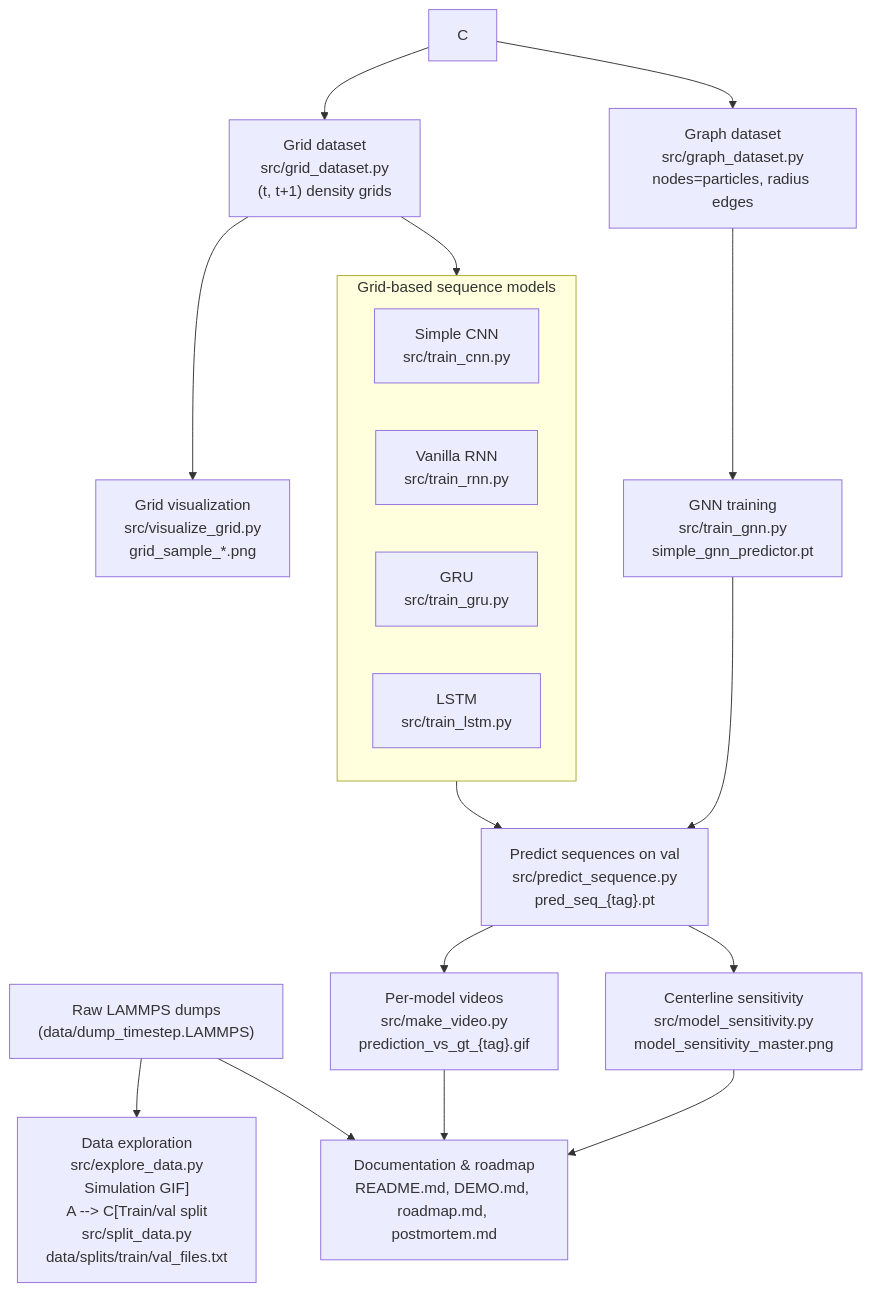
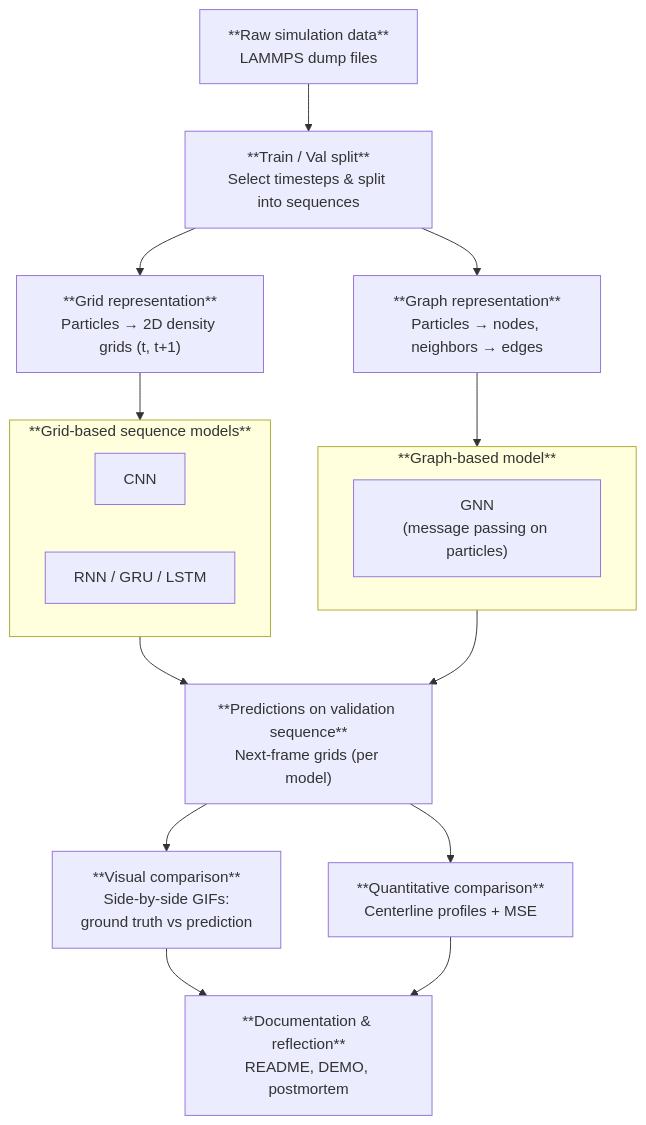
Before and after one commit to wjenkinson/ML_project1: the diagram in highlevel_flow.md, drawn with Mermaid.

Commit message:
Add flowchart

````diff
--- a/highlevel_flow.md
+++ b/highlevel_flow.md
@@ -2,38 +2,38 @@
 ```mermaid
 flowchart TD
 
     %% Data source
-    A["Raw LAMMPS dumps<br/>(data/dump_timestep.LAMMPS)"] --> B["Data exploration<br/>src/explore_data.py<br/>Simulation GIF]
+    A["**Raw simulation data**<br/>LAMMPS dump files"] 
 
-    %% Splits
-    A --> C["Train/val split<br/>src/split_data.py<br/>data/splits/train/val_files.txt]
+    %% Split
+    A --> B["**Train / Val split**<br/>Select timesteps & split into sequences"]
 
-    %% Grid path
-    C --> D["Grid dataset<br/>src/grid_dataset.py<br/>(t, t+1) density grids"]
-    D --> E["Grid visualization<br/>src/visualize_grid.py<br/>grid_sample_*.png"]
+    %% Two parallel representations
+    B --> C["**Grid representation**<br/>Particles → 2D density grids (t, t+1)"]
+    B --> D["**Graph representation**<br/>Particles → nodes, neighbors → edges"]
 
-    subgraph F[Grid-based sequence models]
-        F1["Simple CNN<br/>src/train_cnn.py"]
-        F2["Vanilla RNN<br/>src/train_rnn.py"]
-        F3["GRU<br/>src/train_gru.py"]
-        F4["LSTM<br/>src/train_lstm.py"]
+    %% Models
+    subgraph E[**Grid-based sequence models**]
+        E1["CNN"]
+        E2["RNN / GRU / LSTM"]
+    end
+
+    C --> E
+
+    subgraph F[**Graph-based model**]
+        F1["GNN<br/>(message passing on particles)"]
     end
 
     D --> F
 
-    %% Graph / GNN path
-    C --> J["Graph dataset<br/>src/graph_dataset.py<br/>nodes=particles, radius edges"]
-    J --> K["GNN training<br/>src/train_gnn.py<br/>simple_gnn_predictor.pt"]
+    %% Unified prediction & evaluation
+    E --> G["**Predictions on validation sequence**<br/>Next-frame grids (per model)"]
+    F --> G
 
-    %% Unified prediction & evaluation
-    F --> G["Predict sequences on val<br/>src/predict_sequence.py<br/>pred_seq_{tag}.pt"]
-    K --> G
+    G --> H["**Visual comparison**<br/>Side-by-side GIFs:<br/>ground truth vs prediction"]
+    G --> I["**Quantitative comparison**<br/>Centerline profiles + MSE"]
 
-    G --> H["Per-model videos<br/>src/make_video.py<br/>prediction_vs_gt_{tag}.gif"]
-    G --> I["Centerline sensitivity<br/>src/model_sensitivity.py<br/>model_sensitivity_master.png"]
-
-    %% Docs / reflection
-    A --> L["Documentation & roadmap<br/>README.md, DEMO.md, roadmap.md, postmortem.md"]
-    H --> L
-    I --> L
+    %% Reflection / docs
+    H --> J["**Documentation & reflection**<br/>README, DEMO, postmortem"]
+    I --> J
 ```
````
